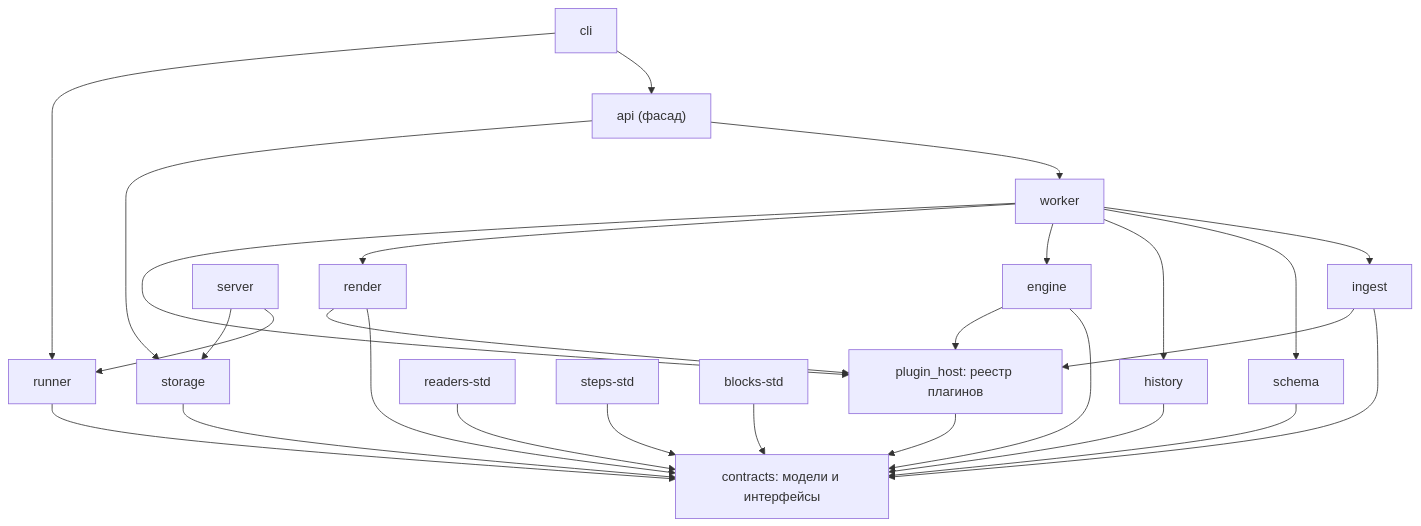
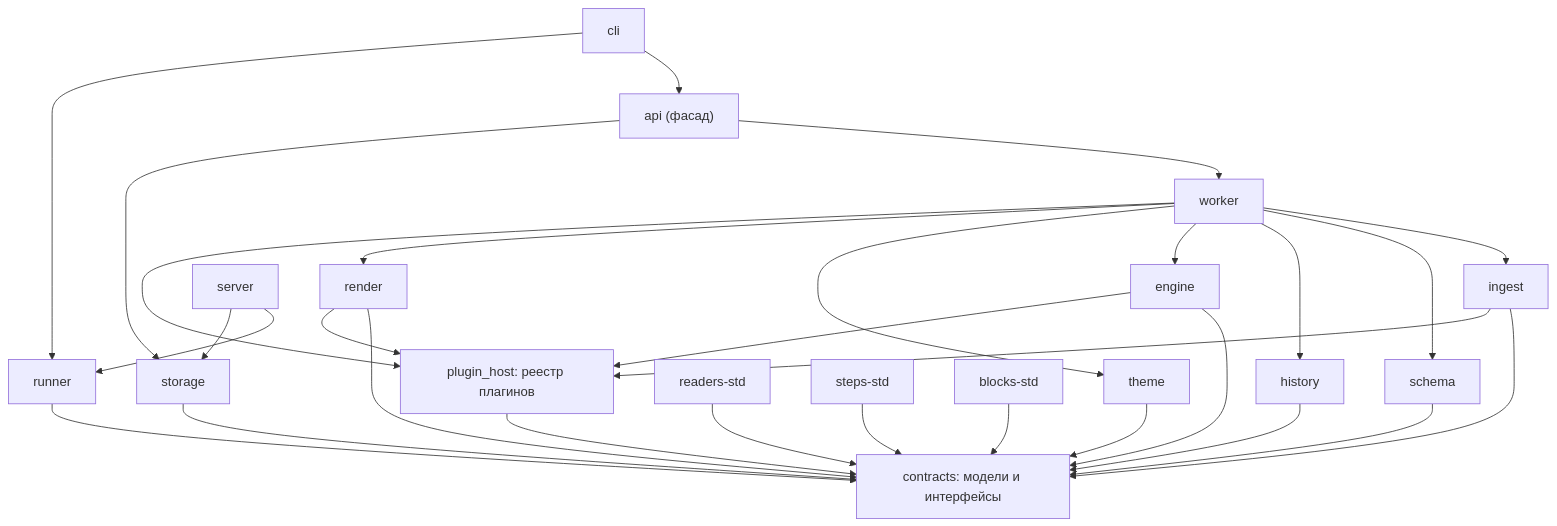
One commit to PrimalSt/Auto_clode changed the second of 4 diagrams in ARCHITECTURE.md. Above: the diagram before and after it, drawn with Mermaid. The commit also changed other lines of this file and 1 other file, not shown here.

````diff
--- a/ARCHITECTURE.md
+++ b/ARCHITECTURE.md
@@ -108,30 +110,31 @@
 ```mermaid
 flowchart TB
   C["contracts: модели и интерфейсы"]
   PH["plugin_host: реестр плагинов"]
   ING["ingest"]
   SCH["schema"]
   HIS["history"]
   ENG["engine"]
+  THM["theme"]
   REN["render"]
   PR["readers-std"]
   PS["steps-std"]
   PB["blocks-std"]
   STO["storage"]
   RUN["runner"]
   WRK["worker"]
   APIF["api (фасад)"]
   CLI["cli"]
   SRV["server"]
 
   PH --> C
-  ING & SCH & HIS & ENG & REN --> C
+  ING & SCH & HIS & ENG & THM & REN --> C
   ING & ENG & REN --> PH
   PR & PS & PB --> C
   STO --> C
   RUN --> C
-  WRK --> ING & SCH & HIS & ENG & REN & PH
+  WRK --> ING & SCH & HIS & ENG & THM & REN & PH
   APIF --> WRK & STO
   CLI --> APIF & RUN
   SRV --> RUN & STO
 ```
````
